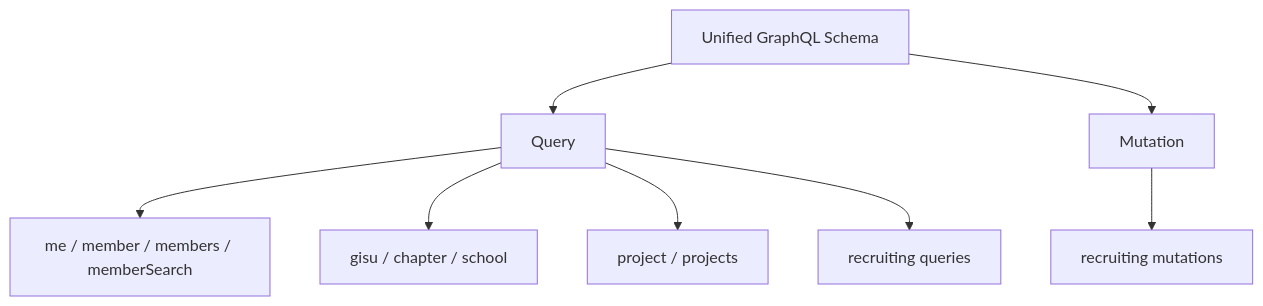
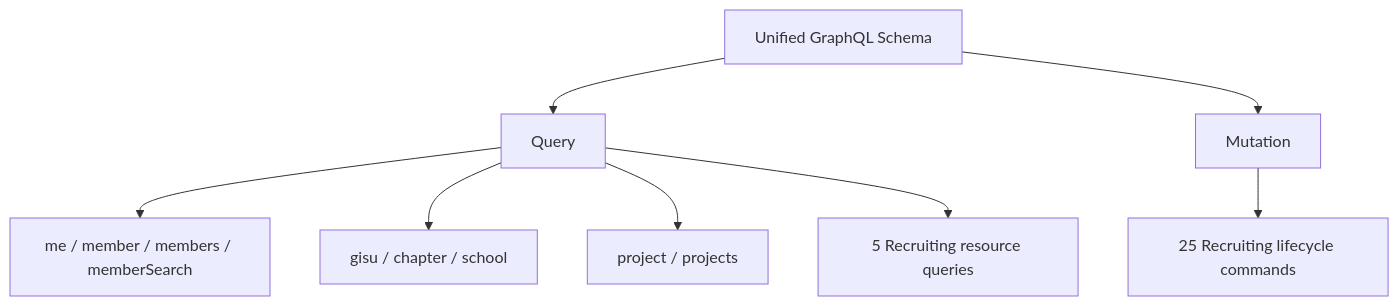
One commit to UMC-PRODUCT/cygnus-server changed the first of 2 diagrams in docs/graphql-schema.md. Above: the diagram before and after it, drawn with Mermaid. The commit also changed other lines of this file and 151 other files, not shown here.

Commit message:
refactor: GraphQL canonical resource 구조 재설계

````diff
--- a/docs/graphql-schema.md
+++ b/docs/graphql-schema.md
@@ -9,10 +9,10 @@
 ```mermaid
 flowchart TD
   Schema["Unified GraphQL Schema"] --> Query
   Schema --> Mutation
   Query --> Member["me / member / members / memberSearch"]
   Query --> Organization["gisu / chapter / school"]
   Query --> Project["project / projects"]
-  Query --> Recruiting["recruiting queries"]
-  Mutation --> RecruitingMutation["recruiting mutations"]
+  Query --> Recruiting["5 Recruiting resource queries"]
+  Mutation --> RecruitingMutation["25 Recruiting lifecycle commands"]
 ```
````
